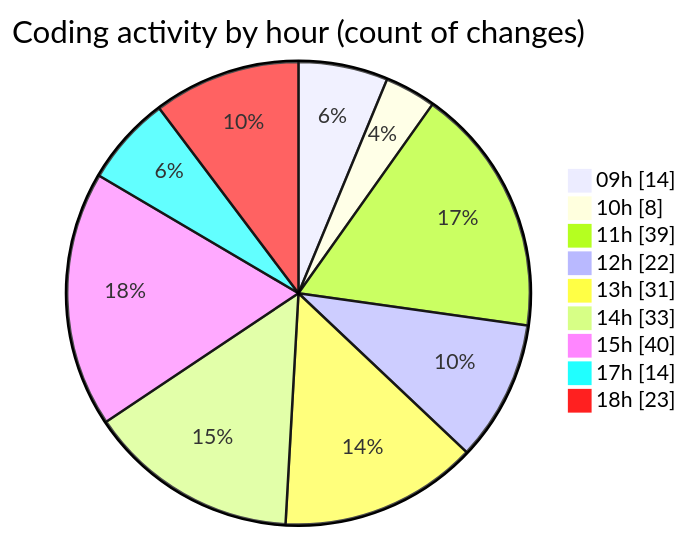
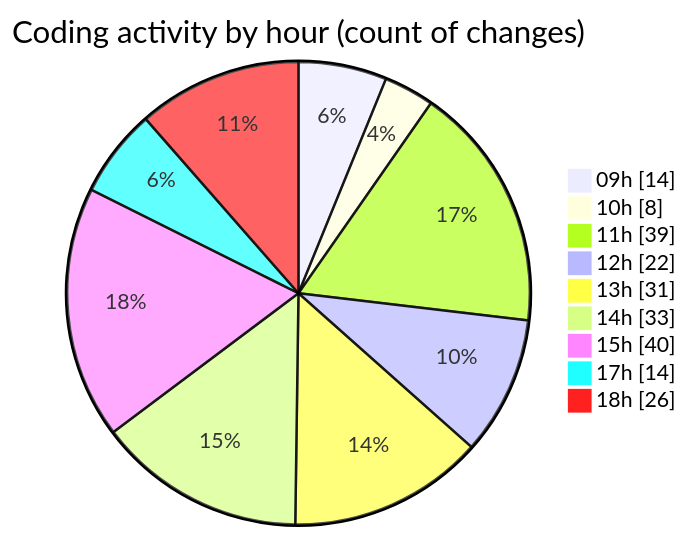
The second of 2 diagrams in 2025-02-07/cda/README.md (momahboobian/code-tracking), drawn with Mermaid before and after one commit. The commit also changed other lines of this file and 1 other file, not shown here.

````diff
--- a/2025-02-07/cda/README.md
+++ b/2025-02-07/cda/README.md
@@ -70,13 +70,13 @@
 ```mermaid
 pie showData
 title Coding activity by hour (count of changes)
 "09h" : 14
 "10h" : 8
 "11h" : 39
 "12h" : 22
 "13h" : 31
 "14h" : 33
 "15h" : 40
 "17h" : 14
-"18h" : 23
+"18h" : 26
 ```
````
